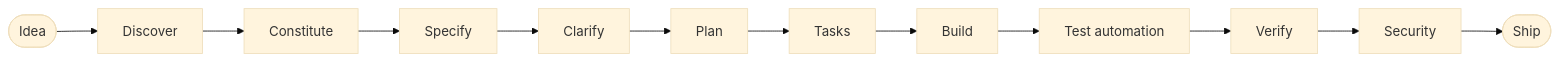
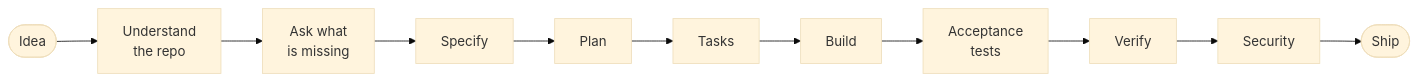
Before and after one commit to ashishmohanty-99/spec-driven-development: the diagram in README.md, drawn with Mermaid (base theme). The commit also changed other lines of this file and 109 other files, not shown here.

````diff
--- a/README.md
+++ b/README.md
@@ -5,5 +5,5 @@
 ```mermaid
 flowchart LR
-    A([Idea]) --> B[Discover] --> C[Constitute] --> D[Specify] --> E[Clarify] --> F[Plan]
-    F --> G[Tasks] --> H[Build] --> I[Test automation] --> J[Verify] --> K[Security] --> L([Ship])
+    A([Idea]) --> U[Understand<br/>the repo] --> Q[Ask what<br/>is missing] --> S[Specify] --> P[Plan] --> T[Tasks]
+    T --> B[Build] --> E[Acceptance<br/>tests] --> V[Verify] --> X[Security] --> L([Ship])
 ```
````
